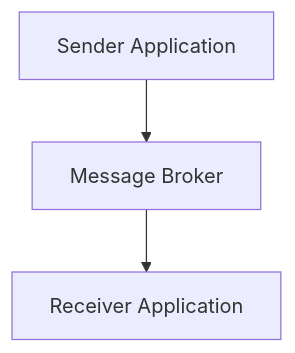
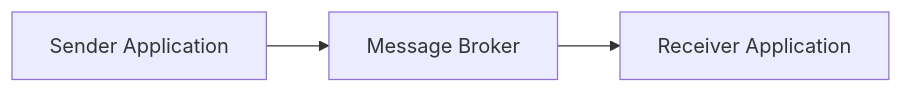
Before and after one commit to ulises-jimenez07/learning_notes: the fifth of 13 diagrams in software_architecture_large_scale_systems.md, drawn with Mermaid. The commit also changed other lines of this file, not shown here.

````diff
--- a/software_architecture_large_scale_systems.md
+++ b/software_architecture_large_scale_systems.md
@@ -99,5 +243,5 @@
 ```mermaid
-graph TD
-    Sender[Sender Application] --> MB[Message Broker];
-    MB --> Receiver[Receiver Application];
+graph LR
+    A[Sender Application] --> B[Message Broker];
+    B --> C[Receiver Application];
 ```
````
